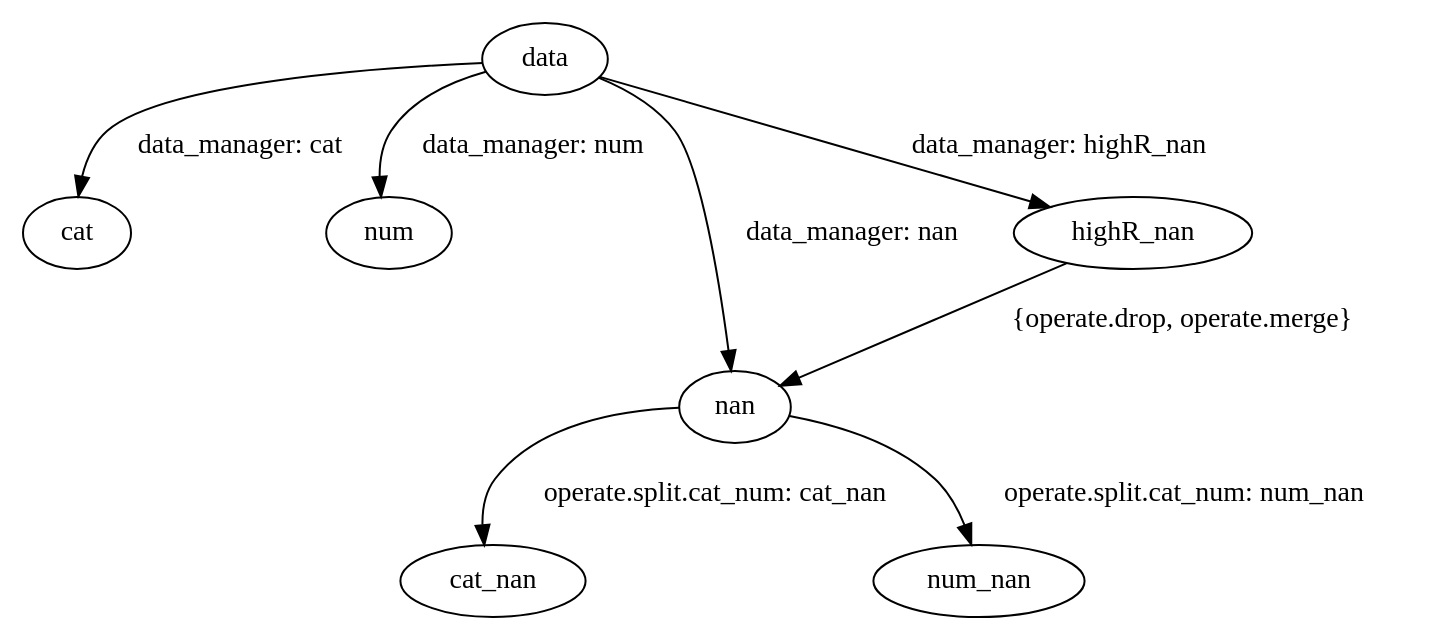
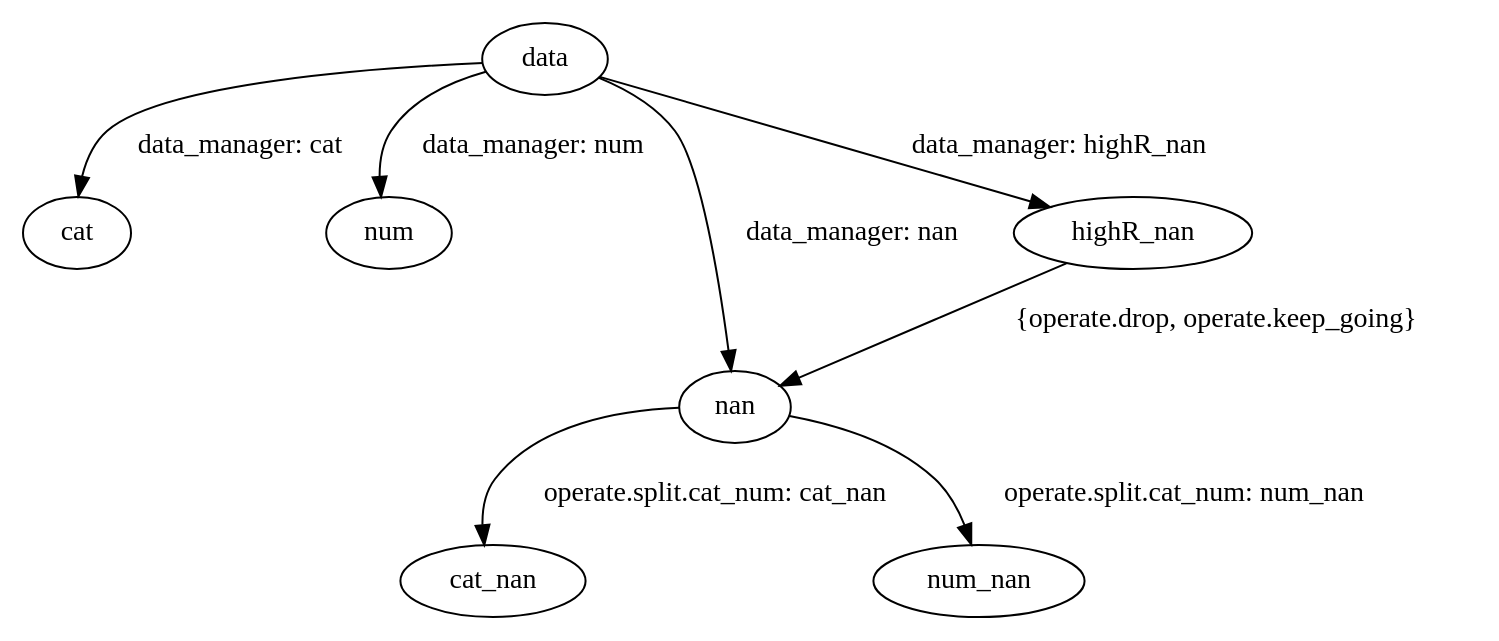
The fourth of 8 diagrams in docs/introduction.rst (auto-flow/auto-flow), drawn with Graphviz before and after one commit. The commit also changed other lines of this file and 24 other files, not shown here.

Commit message:
rename operate.merge to operate.keep_going

```diff
--- a/docs/introduction.rst
+++ b/docs/introduction.rst
@@ -220,11 +220,11 @@
 .. graphviz::
 
    digraph estimating {
       "data" -> "cat" [ label="data_manager: cat" ];
       "data" -> "num" [ label="data_manager: num" ];
       "data" -> "nan" [ label="data_manager: nan" ];
       "data" -> "highR_nan" [ label="data_manager: highR_nan" ];
-      "highR_nan" -> "nan" [ label="{operate.drop, operate.merge}" ];
+      "highR_nan" -> "nan" [ label="{operate.drop, operate.keep_going}" ];
       "nan" -> "cat_nan" [ label="operate.split.cat_num: cat_nan" ];
       "nan" -> "num_nan" [ label="operate.split.cat_num: num_nan" ];
    }
```
